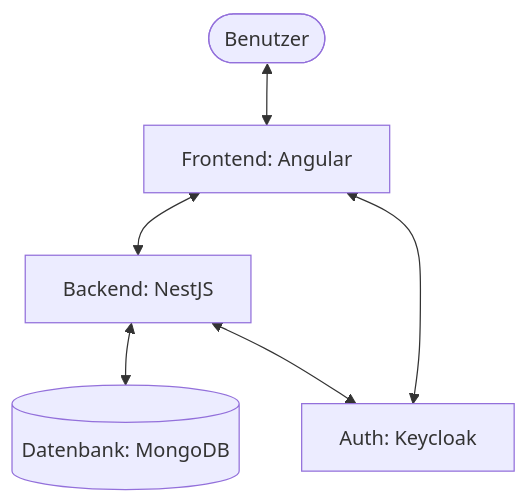
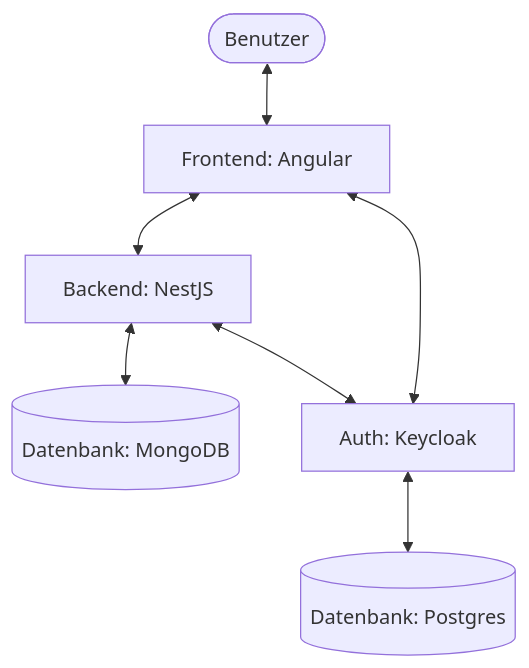
One commit to lucbu01/weblab_techradar changed the first of 6 diagrams in Dokumentation.md. Above: the diagram before and after it, drawn with Mermaid. The commit also changed other lines of this file, not shown here.

````diff
--- a/Dokumentation.md
+++ b/Dokumentation.md
@@ -23,8 +23,9 @@
 ```mermaid
 graph TD
     User([Benutzer]) <--> Frontend[Frontend: Angular]
     Frontend <--> Backend[Backend: NestJS]
-    Backend <--> DB[(Datenbank: MongoDB)]
+    Backend <--> MongoDB[(Datenbank: MongoDB)]
     Frontend <--> Keycloak[Auth: Keycloak]
     Backend <--> Keycloak
+    Keycloak <--> Postgres[(Datenbank: Postgres)]
 ```
````
